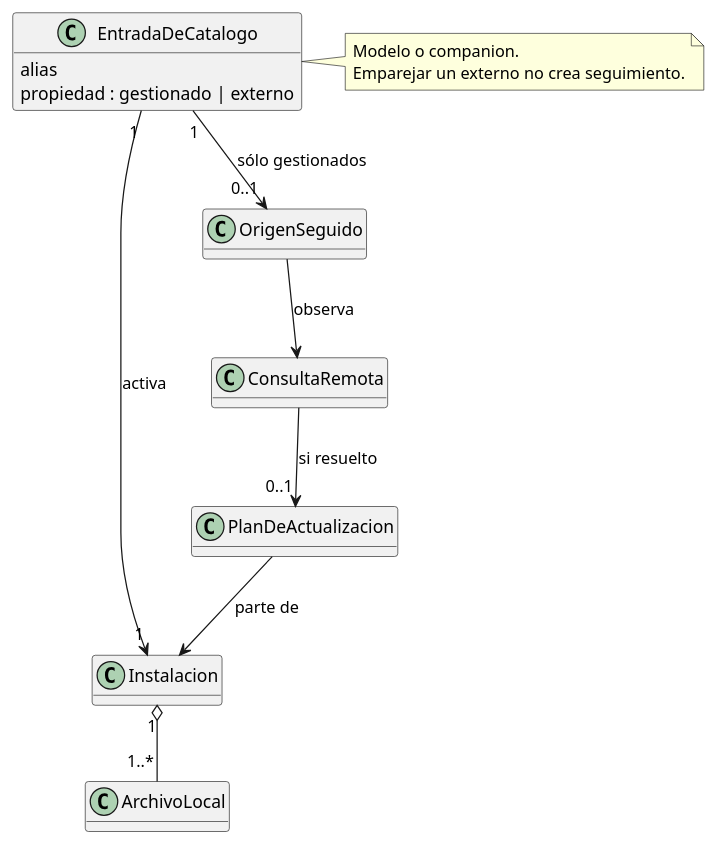
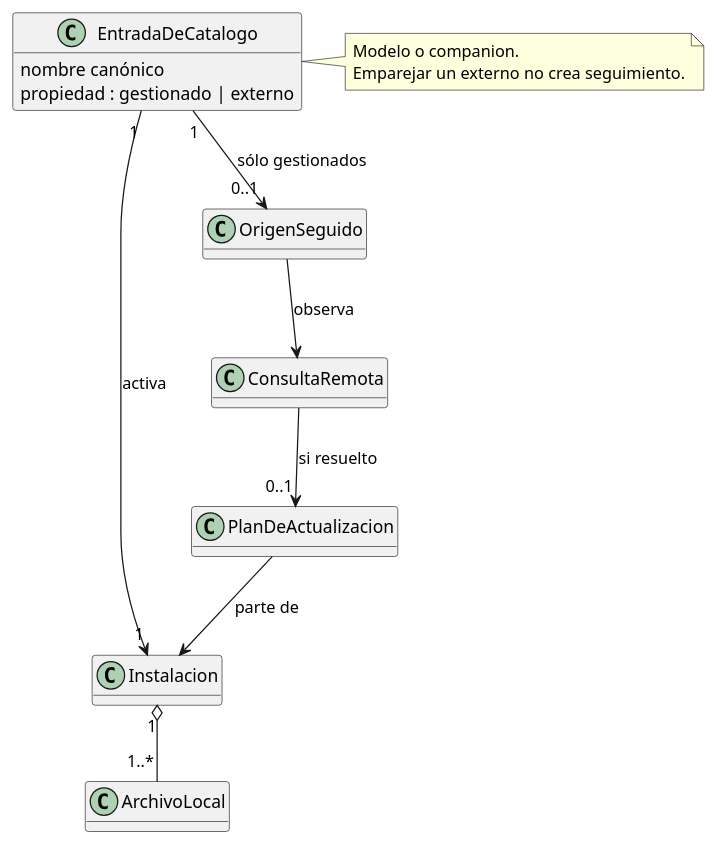
One commit to mstranich/coquena changed the second of 3 diagrams in docs/modelo-de-datos.md. Above: the diagram before and after it, drawn with PlantUML. The commit also changed other lines of this file and 7 other files, not shown here.

````diff
--- a/docs/modelo-de-datos.md
+++ b/docs/modelo-de-datos.md
@@ -138,24 +138,24 @@
 ```plantuml
 @startuml
 hide empty methods
 class EntradaDeCatalogo {
-  alias
+  nombre canónico
   propiedad : gestionado | externo
 }
 class Instalacion
 class ArchivoLocal
 class OrigenSeguido
 class ConsultaRemota
 class PlanDeActualizacion
 EntradaDeCatalogo "1" --> "1" Instalacion : activa
 Instalacion "1" o-- "1..*" ArchivoLocal
 EntradaDeCatalogo "1" --> "0..1" OrigenSeguido : sólo gestionados
 OrigenSeguido --> ConsultaRemota : observa
 ConsultaRemota --> "0..1" PlanDeActualizacion : si resuelto
 PlanDeActualizacion --> Instalacion : parte de
 note right of EntradaDeCatalogo
   Modelo o companion.
   Emparejar un externo no crea seguimiento.
 end note
 @enduml
 ```
````
